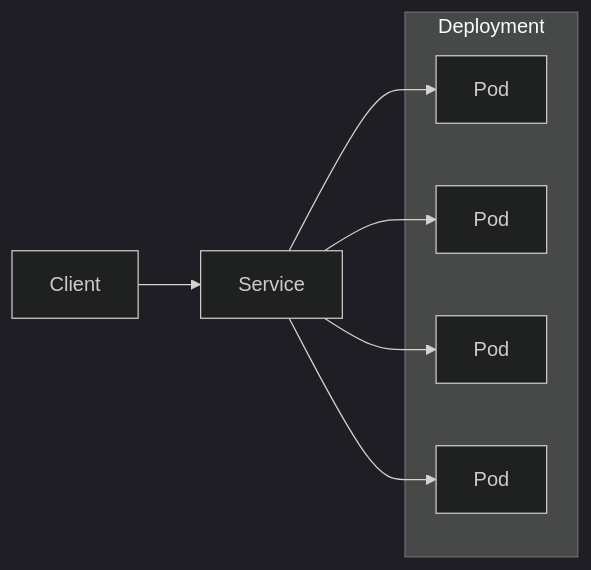
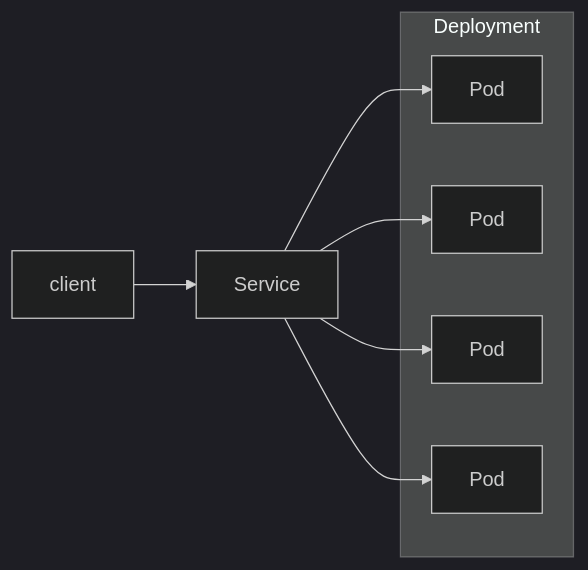
One commit to Braundo/kubernetes-guide changed the first of 3 diagrams in docs/services.md. Above: the diagram before and after it, drawn with Mermaid (dark theme).

````diff
--- a/docs/services.md
+++ b/docs/services.md
@@ -10,15 +10,15 @@
 ``` mermaid
 flowchart LR
-    Client --> SVC[Service]
+    client --> SVC[Service]
     SVC --> Pod1[Pod]
     SVC --> Pod2[Pod]
     SVC --> Pod3[Pod]
     SVC --> Pod4[Pod]
 
     subgraph Deployment
         Pod1
         Pod2
         Pod3
         Pod4
     end
 ```
````
